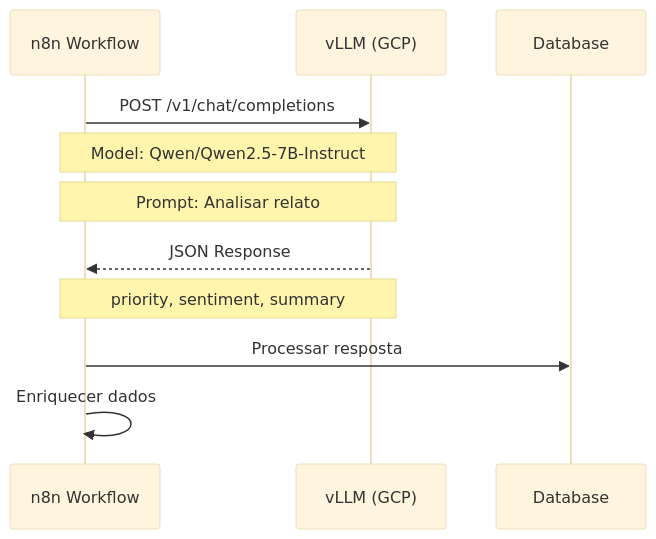
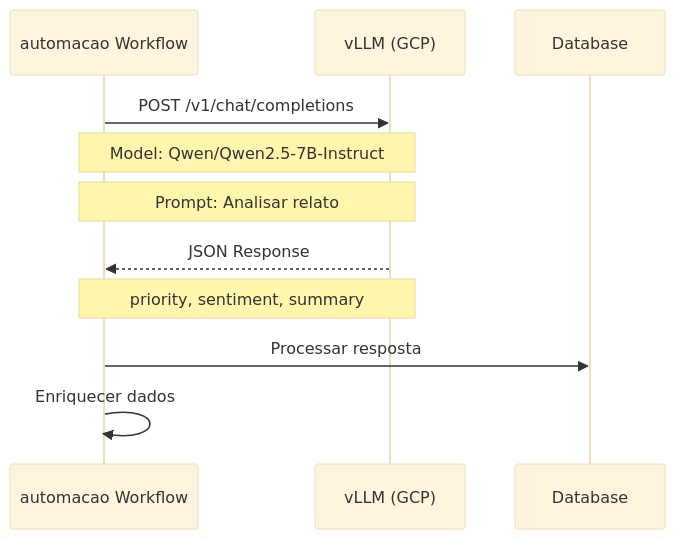
One commit to MTechnologia/camana-na-mao changed the tenth of 17 diagrams in docs/DIAGRAMA_INTEGRACOES.md. Above: the diagram before and after it, drawn with Mermaid (base theme). The commit also changed other lines of this file and 77 other files, not shown here.

````diff
--- a/docs/DIAGRAMA_INTEGRACOES.md
+++ b/docs/DIAGRAMA_INTEGRACOES.md
@@ -362,14 +362,14 @@
 ```mermaid
 sequenceDiagram
-    participant N as n8n Workflow
+    participant N as automacao Workflow
     participant V as vLLM (GCP)
     participant D as Database
     
     N->>V: POST /v1/chat/completions
     Note over N,V: Model: Qwen/Qwen2.5-7B-Instruct
     Note over N,V: Prompt: Analisar relato
     V-->>N: JSON Response
     Note over N,V: priority, sentiment, summary
     N->>D: Processar resposta
     N->>N: Enriquecer dados
 ```
````
